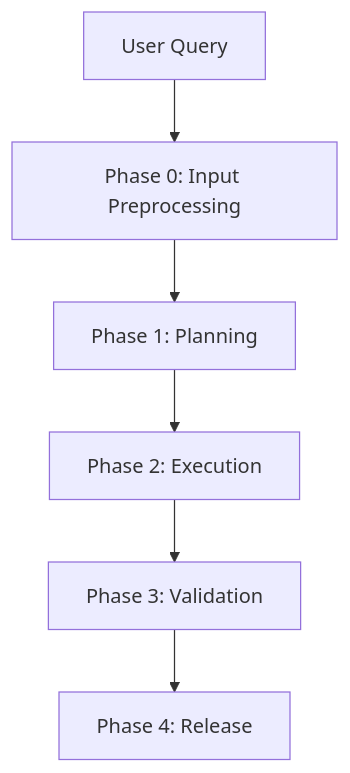
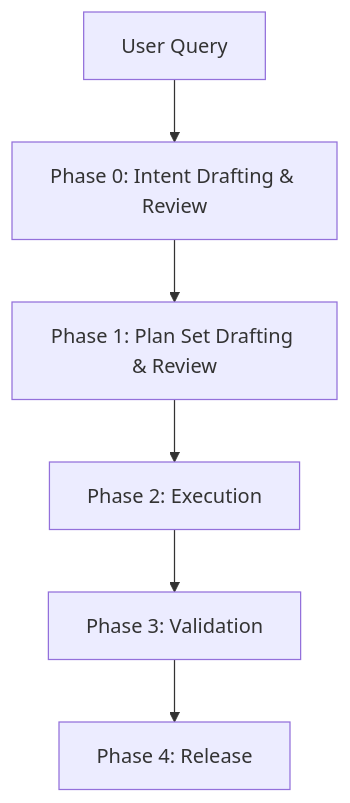
The diagram in docs/agent/agent-workflow.md (web3infra-foundation/libra), drawn with Mermaid before and after one commit. The commit also changed other lines of this file and 179 other files, not shown here.

````diff
--- a/docs/agent/agent-workflow.md
+++ b/docs/agent/agent-workflow.md
@@ -38,8 +38,8 @@
 ```mermaid
 graph TD
-    UserQuery[User Query] --> Phase0[Phase 0: Input Preprocessing]
-    Phase0 --> Phase1[Phase 1: Planning]
+    UserQuery[User Query] --> Phase0[Phase 0: Intent Drafting & Review]
+    Phase0 --> Phase1[Phase 1: Plan Set Drafting & Review]
     Phase1 --> Phase2[Phase 2: Execution]
     Phase2 --> Phase3[Phase 3: Validation]
     Phase3 --> Phase4[Phase 4: Release]
 ```
````
